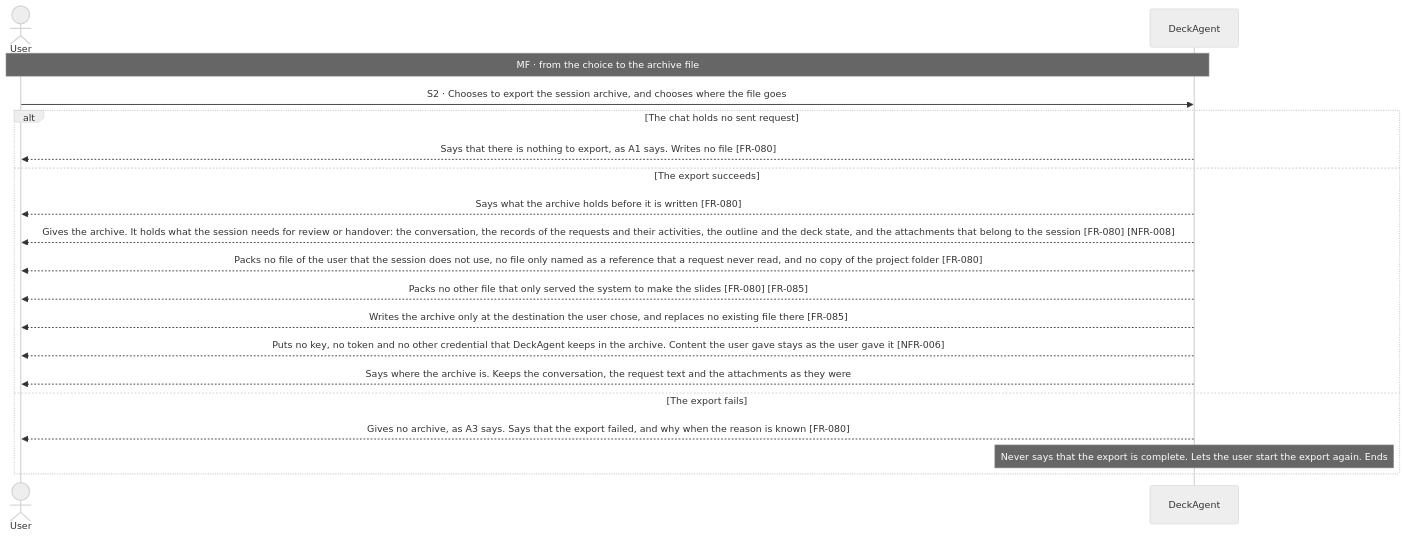
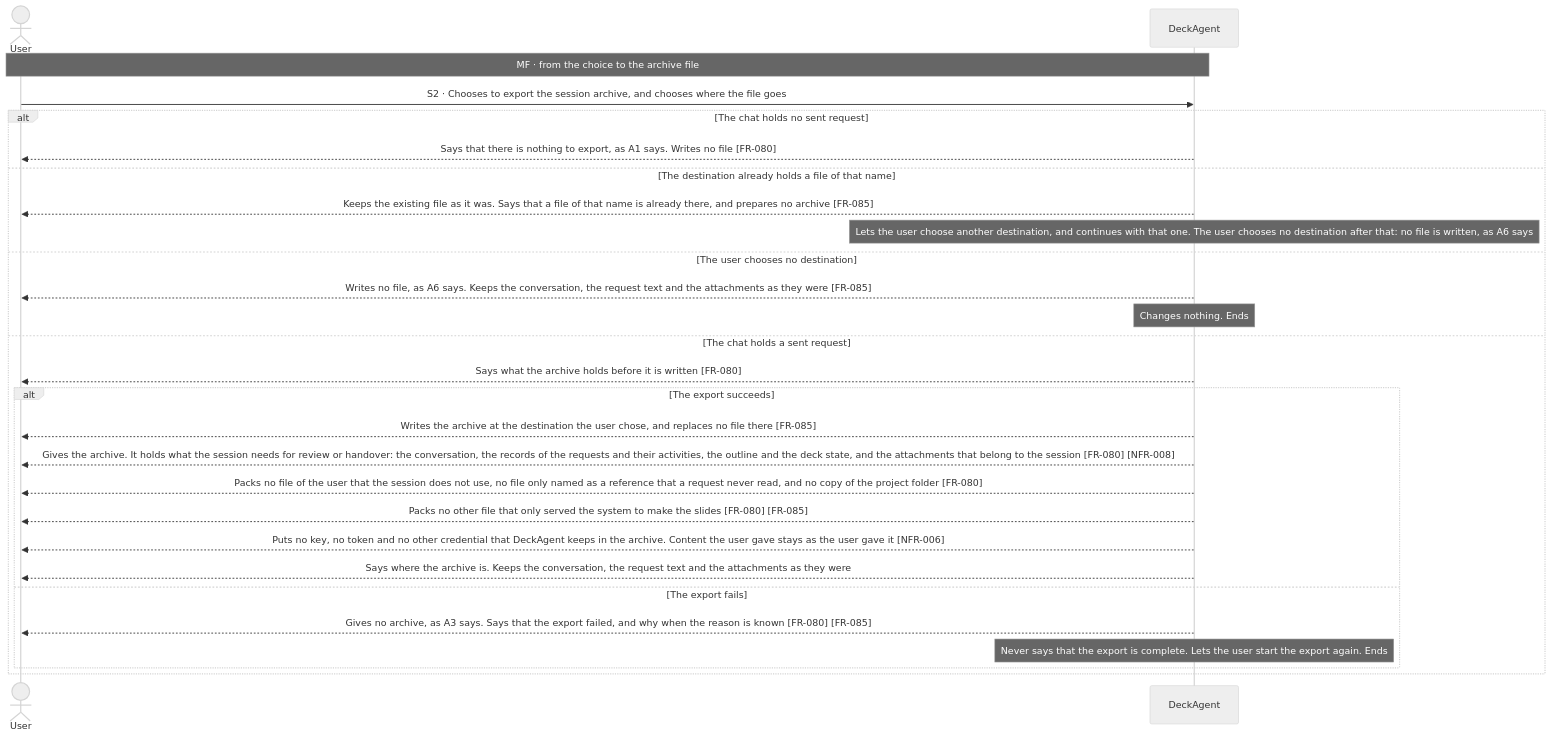
Before and after one commit to Luke23127006/DeckAgent: the second of 2 diagrams in docs/spec/03-use-cases/UC-016.md, drawn with Mermaid (neutral theme). The commit also changed other lines of this file and 13 other files, not shown here.

First line of the commit message:
docs(spec): fix removal, re-link, ungrouped-chat, save and export inconsistencies

````diff
--- a/docs/spec/03-use-cases/UC-016.md
+++ b/docs/spec/03-use-cases/UC-016.md
@@ -63,21 +72,29 @@
 ```mermaid
 sequenceDiagram
     actor User
     participant DeckAgent
     Note over User,DeckAgent: MF · from the choice to the archive file
     User->>DeckAgent: S2 · Chooses to export the session archive, and chooses where the file goes
     alt The chat holds no sent request
         DeckAgent-->>User: Says that there is nothing to export, as A1 says. Writes no file [FR-080]
-    else The export succeeds
+    else The destination already holds a file of that name
+        DeckAgent-->>User: Keeps the existing file as it was. Says that a file of that name is already there, and prepares no archive [FR-085]
+        note over DeckAgent: Lets the user choose another destination, and continues with that one. The user chooses no destination after that: no file is written, as A6 says
+    else The user chooses no destination
+        DeckAgent-->>User: Writes no file, as A6 says. Keeps the conversation, the request text and the attachments as they were [FR-085]
+        note over DeckAgent: Changes nothing. Ends
+    else The chat holds a sent request
         DeckAgent-->>User: Says what the archive holds before it is written [FR-080]
-        DeckAgent-->>User: Gives the archive. It holds what the session needs for review or handover: the conversation, the records of the requests and their activities, the outline and the deck state, and the attachments that belong to the session [FR-080] [NFR-008]
-        DeckAgent-->>User: Packs no file of the user that the session does not use, no file only named as a reference that a request never read, and no copy of the project folder [FR-080]
-        DeckAgent-->>User: Packs no other file that only served the system to make the slides [FR-080] [FR-085]
-        DeckAgent-->>User: Writes the archive only at the destination the user chose, and replaces no existing file there [FR-085]
-        DeckAgent-->>User: Puts no key, no token and no other credential that DeckAgent keeps in the archive. Content the user gave stays as the user gave it [NFR-006]
-        DeckAgent-->>User: Says where the archive is. Keeps the conversation, the request text and the attachments as they were
-    else The export fails
-        DeckAgent-->>User: Gives no archive, as A3 says. Says that the export failed, and why when the reason is known [FR-080]
-        note over DeckAgent: Never says that the export is complete. Lets the user start the export again. Ends
+        alt The export succeeds
+            DeckAgent-->>User: Writes the archive at the destination the user chose, and replaces no file there [FR-085]
+            DeckAgent-->>User: Gives the archive. It holds what the session needs for review or handover: the conversation, the records of the requests and their activities, the outline and the deck state, and the attachments that belong to the session [FR-080] [NFR-008]
+            DeckAgent-->>User: Packs no file of the user that the session does not use, no file only named as a reference that a request never read, and no copy of the project folder [FR-080]
+            DeckAgent-->>User: Packs no other file that only served the system to make the slides [FR-080] [FR-085]
+            DeckAgent-->>User: Puts no key, no token and no other credential that DeckAgent keeps in the archive. Content the user gave stays as the user gave it [NFR-006]
+            DeckAgent-->>User: Says where the archive is. Keeps the conversation, the request text and the attachments as they were
+        else The export fails
+            DeckAgent-->>User: Gives no archive, as A3 says. Says that the export failed, and why when the reason is known [FR-080] [FR-085]
+            note over DeckAgent: Never says that the export is complete. Lets the user start the export again. Ends
+        end
     end
 ```
````
